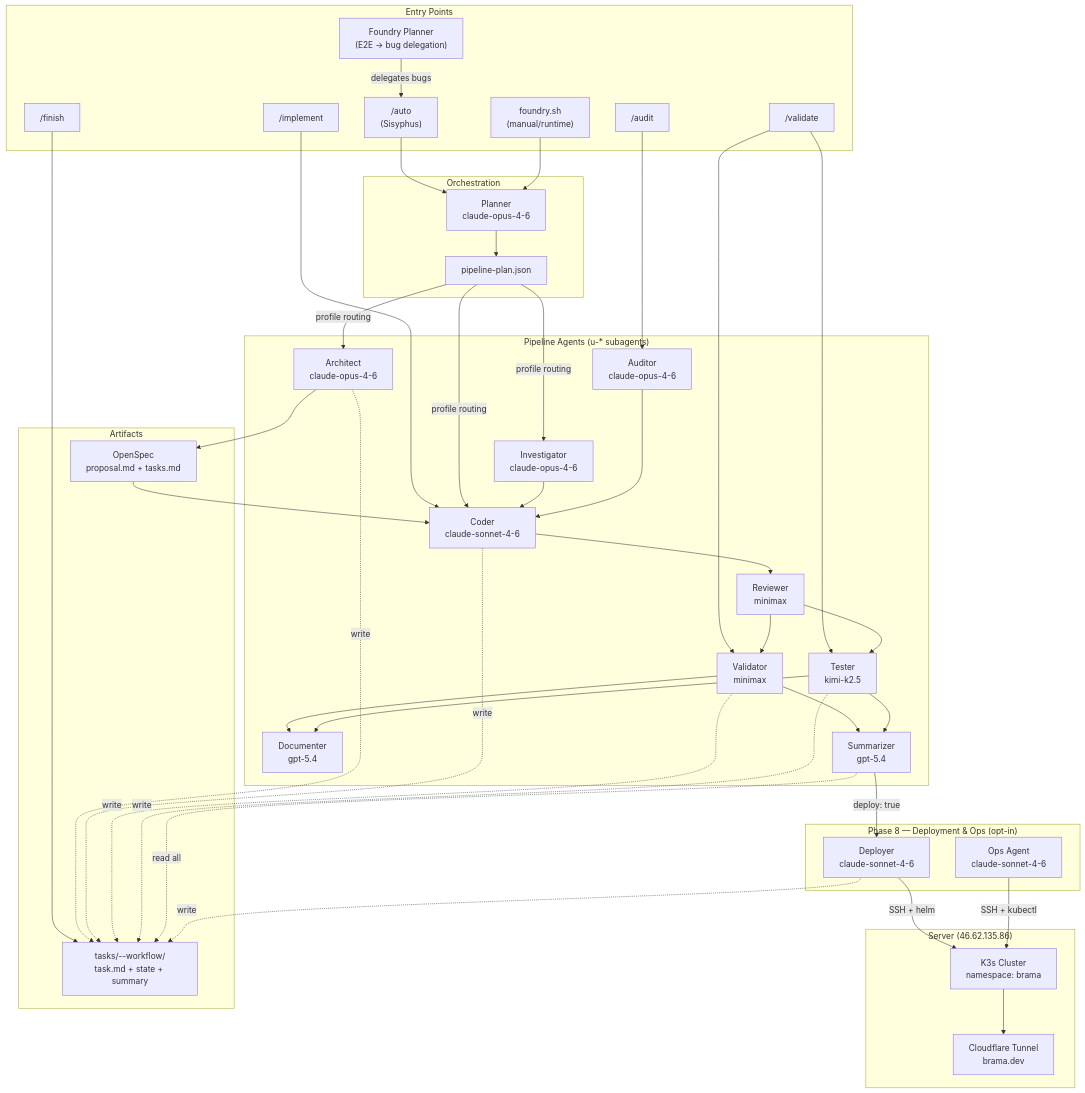
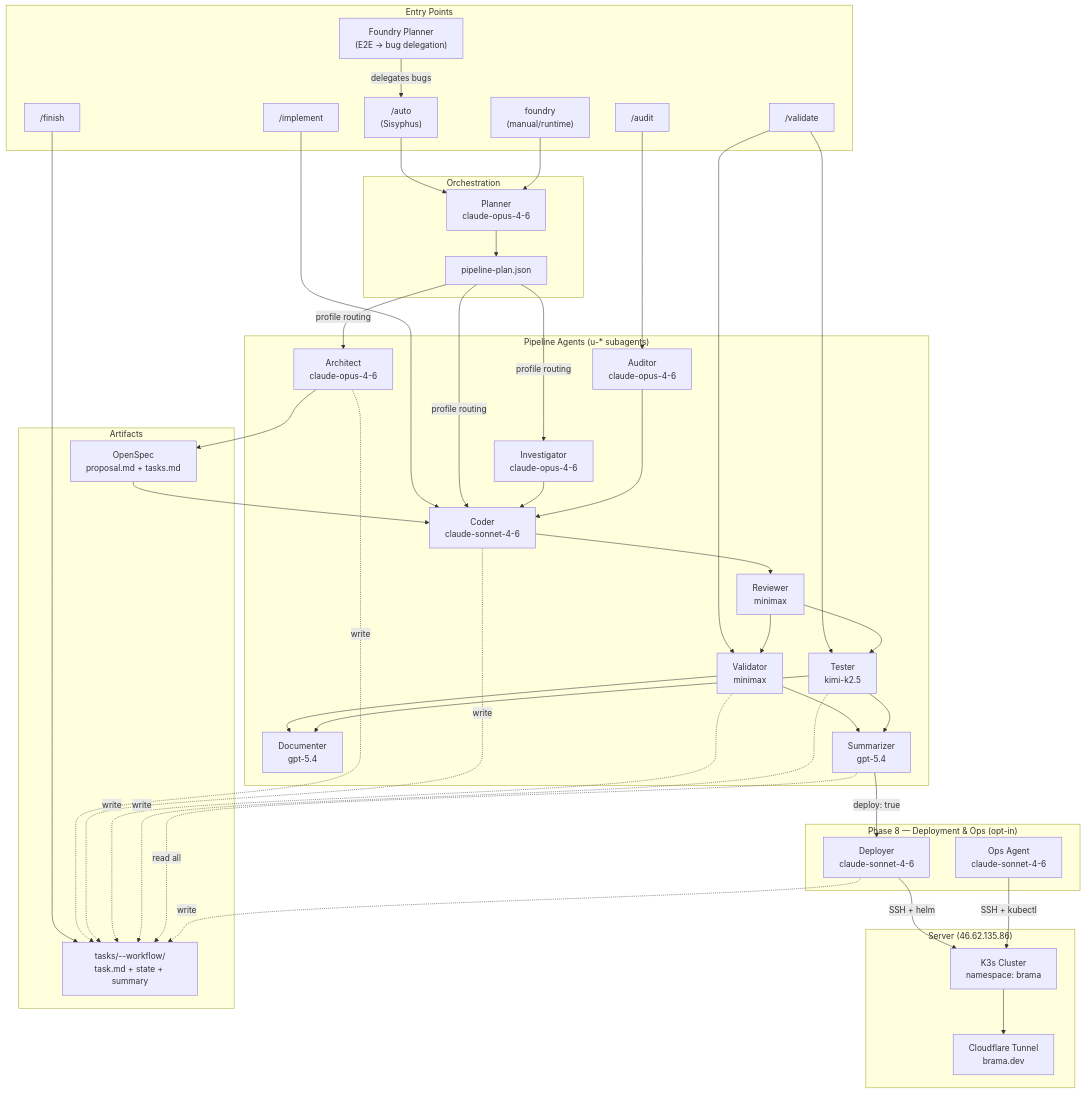
Before and after one commit to brama-ai/workspace: the first of 6 diagrams in docs/agent-development/en/workflow.md, drawn with Mermaid. The commit also changed other lines of this file and 26 other files, not shown here.

````diff
--- a/docs/agent-development/en/workflow.md
+++ b/docs/agent-development/en/workflow.md
@@ -38,76 +38,76 @@
 ```mermaid
 graph TB
     subgraph "Entry Points"
         CMD_AUTO["/auto<br/>(Sisyphus)"]
-        CMD_PIPE["foundry.sh<br/>(manual/runtime)"]
+        CMD_PIPE["foundry<br/>(manual/runtime)"]
         CMD_IMPL["/implement"]
         CMD_VAL["/validate"]
         CMD_AUDIT["/audit"]
         CMD_FINISH["/finish"]
         BP["Foundry Planner<br/>(E2E → bug delegation)"]
     end
 
     subgraph "Orchestration"
         PLANNER["Planner<br/>claude-opus-4-6"]
         PLAN_JSON["pipeline-plan.json"]
     end
 
     subgraph "Pipeline Agents (u-* subagents)"
         ARCH["Architect<br/>claude-opus-4-6"]
         CODER["Coder<br/>claude-sonnet-4-6"]
         REVIEWER["Reviewer<br/>minimax"]
         VAL["Validator<br/>minimax"]
         TEST["Tester<br/>kimi-k2.5"]
         AUDITOR["Auditor<br/>claude-opus-4-6"]
         DOC["Documenter<br/>gpt-5.4"]
         SUM["Summarizer<br/>gpt-5.4"]
         INV["Investigator<br/>claude-opus-4-6"]
     end
 
     subgraph "Phase 8 — Deployment & Ops (opt-in)"
         DEPLOY["Deployer<br/>claude-sonnet-4-6"]
         OPS["Ops Agent<br/>claude-sonnet-4-6"]
     end
 
     subgraph "Server (46.62.135.86)"
         K3S["K3s Cluster<br/>namespace: brama"]
         CF["Cloudflare Tunnel<br/>brama.dev"]
     end
 
     subgraph "Artifacts"
         TASKDIR["tasks/<slug>--workflow/<br/>task.md + state + summary"]
         SPEC["OpenSpec<br/>proposal.md + tasks.md"]
     end
 
     CMD_AUTO --> PLANNER
     CMD_PIPE --> PLANNER
     CMD_IMPL --> CODER
     CMD_VAL --> VAL & TEST
     CMD_AUDIT --> AUDITOR
     CMD_FINISH --> TASKDIR
     BP -->|delegates bugs| CMD_AUTO
 
     PLANNER --> PLAN_JSON
     PLAN_JSON -->|profile routing| ARCH & INV & CODER
 
     ARCH --> SPEC
     SPEC --> CODER
     INV --> CODER
     CODER --> REVIEWER
     REVIEWER --> VAL & TEST
     VAL --> DOC & SUM
     TEST --> DOC & SUM
     AUDITOR --> CODER
 
     SUM -->|deploy: true| DEPLOY
     DEPLOY -->|SSH + helm| K3S
     OPS -->|SSH + kubectl| K3S
     K3S --> CF
 
     ARCH -.->|write| TASKDIR
     CODER -.->|write| TASKDIR
     VAL -.->|write| TASKDIR
     TEST -.->|write| TASKDIR
     SUM -.->|read all| TASKDIR
     DEPLOY -.->|write| TASKDIR
 ```
````
